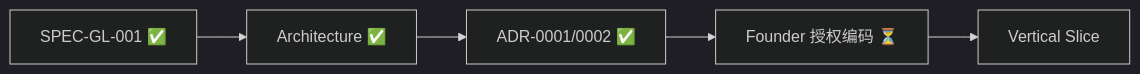
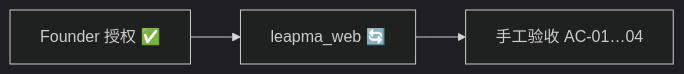
Before and after one commit to LeapMaCoder/ai-engineer-os: the diagram in docs/00_Project/Project_Dashboard.md, drawn with Mermaid (dark theme). The commit also changed other lines of this file and 36 other files, not shown here.

````diff
--- a/docs/00_Project/Project_Dashboard.md
+++ b/docs/00_Project/Project_Dashboard.md
@@ -27,7 +27,5 @@
 ```mermaid
 flowchart LR
-  Spec[SPEC-GL-001 ✅] --> Arch[Architecture ✅]
-  Arch --> ADR[ADR-0001/0002 ✅]
-  ADR --> Auth[Founder 授权编码 ⏳]
-  Auth --> Code[Vertical Slice]
+  Auth[Founder 授权 ✅] --> Slice[leapma_web 🔄]
+  Slice --> AC[手工验收 AC-01…04]
 ```
````
